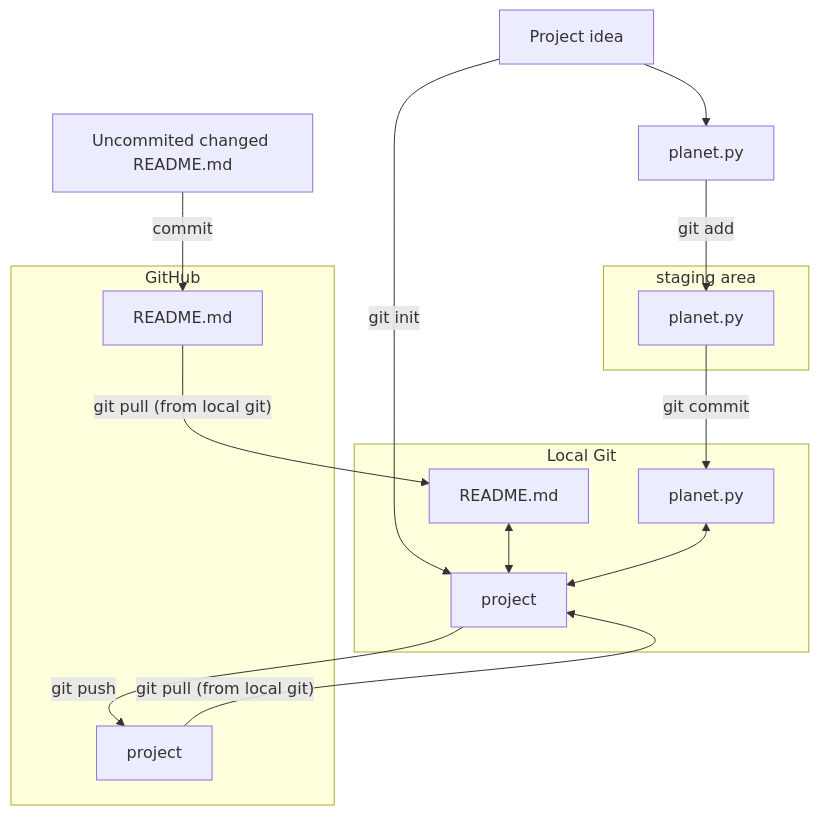
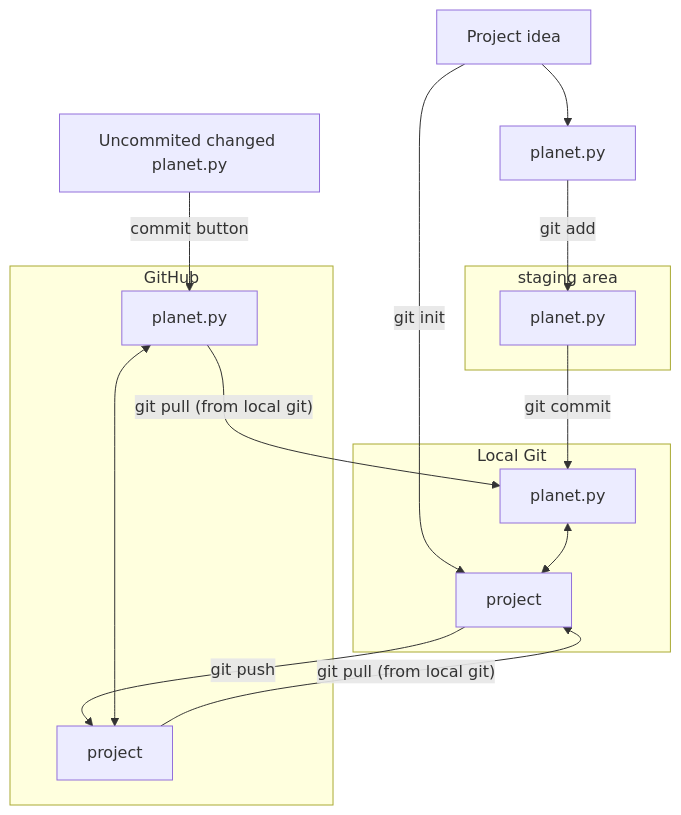
One commit to UPPMAX/programming_formalisms changed the diagram in docs/project_start/startup.md. Above: the diagram before and after it, drawn with Mermaid.

Commit message:
startup.md fix

````diff
--- a/docs/project_start/startup.md
+++ b/docs/project_start/startup.md
@@ -584,31 +584,31 @@
 ```mermaid
-  graph TB
+graph TB
 
 P["Project idea"] -->|git init| Node2
 P["Project idea"] --> planet.py -->|git add| Node4
 Node4 --> |git commit| Node1
 Node2 --> |git push| Node5
 
-C[Uncommited changed README.md] -->|commit| R
+C[Uncommited changed planet.py] -->|commit button| R
 Node5 --> |"git pull (from local git)"| Node2
-R --> |"git pull (from local git)"| R2
-R2 <--> Node2
-
+R --> |"git pull (from local git)"| Node1
+R <--> Node5
+      
         subgraph "Local Git"
         Node2[project]
         Node1[planet.py] 
         Node1 <--> Node2
-        R2[README.md]
+        
         end 
 
         subgraph "staging area"
         Node4[planet.py]
         end
 
         subgraph "GitHub"
         Node5[project]
-        R[README.md]
+        R[planet.py]
         end
 
 
 ```
````
